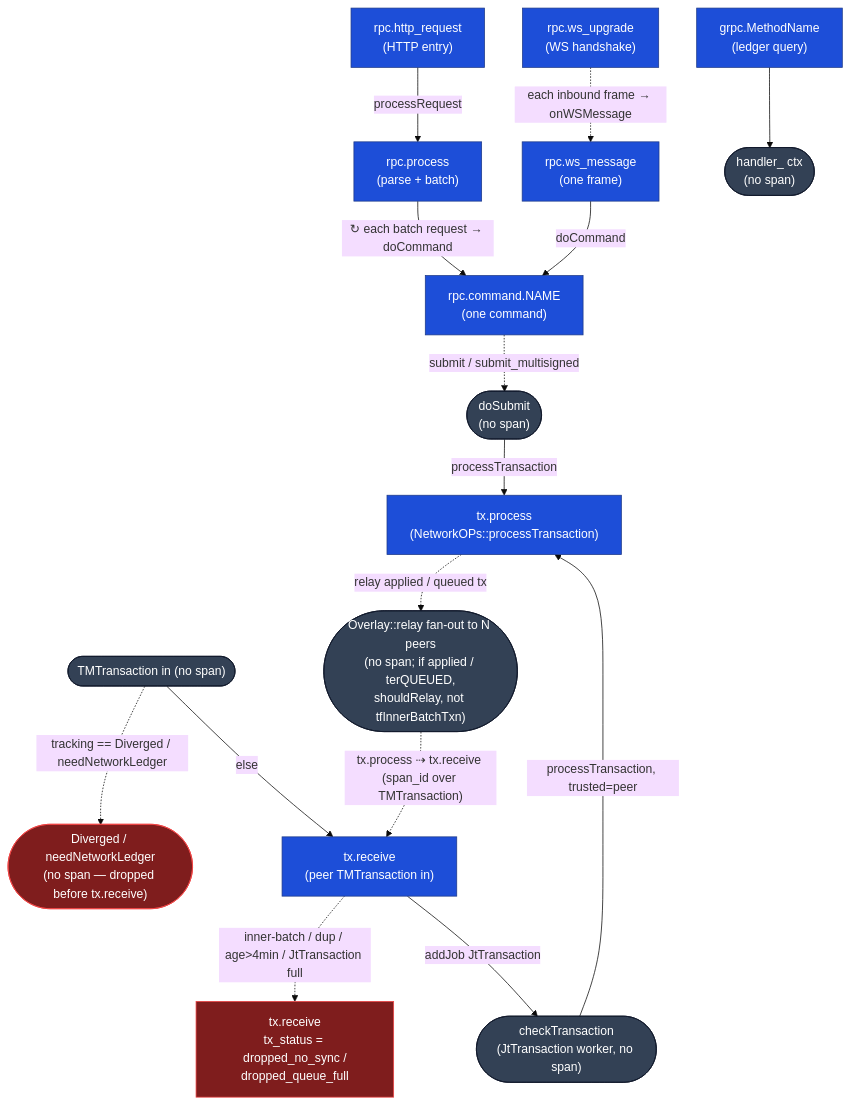
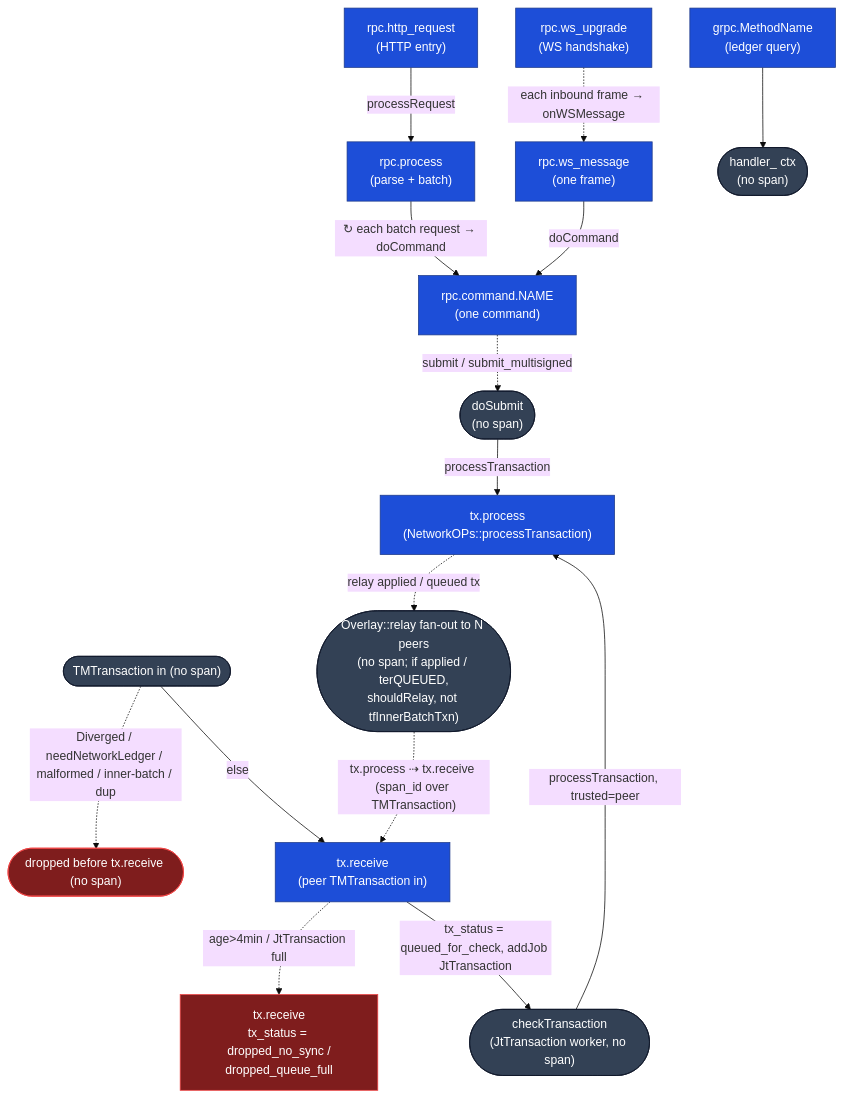
The second of 10 diagrams in docs/telemetry-runbook.md (XRPLF/rippled), drawn with Mermaid (base theme) before and after one commit. The commit also changed other lines of this file, not shown here.

First line of the commit message:
docs(telemetry): Match the peer tx flow to where tx.receive starts

````diff
--- a/docs/telemetry-runbook.md
+++ b/docs/telemetry-runbook.md
@@ -582,39 +582,39 @@
 ```mermaid
 flowchart TB
     classDef span fill:#1d4ed8,stroke:#1e3a8a,color:#fff;
     classDef plain fill:#334155,stroke:#0f172a,color:#fff;
     classDef drop fill:#7f1d1d,stroke:#ef4444,color:#fff;
 
     HTTP["rpc.http_request<br/>(HTTP entry)"]:::span
     PROC["rpc.process<br/>(parse + batch)"]:::span
     CMD["rpc.command.NAME<br/>(one command)"]:::span
     WSU["rpc.ws_upgrade<br/>(WS handshake)"]:::span
     WSM["rpc.ws_message<br/>(one frame)"]:::span
     GRPC["grpc.MethodName<br/>(ledger query)"]:::span
     GH(["handler_ ctx<br/>(no span)"]):::plain
     SUBMIT(["doSubmit<br/>(no span)"]):::plain
     TXP["tx.process<br/>(NetworkOPs::processTransaction)"]:::span
     RELAYOUT(["Overlay::relay fan-out to N peers<br/>(no span; if applied / terQUEUED,<br/>shouldRelay, not tfInnerBatchTxn)"]):::plain
-    PREDROP(["Diverged / needNetworkLedger<br/>(no span — dropped before tx.receive)"]):::drop
+    PREDROP(["dropped before tx.receive (no span)"]):::drop
     RCV["tx.receive<br/>(peer TMTransaction in)"]:::span
     RCVDROP["tx.receive<br/>tx_status = dropped_no_sync /<br/>dropped_queue_full"]:::drop
     CHK(["checkTransaction<br/>(JtTransaction worker, no span)"]):::plain
     PRELAY_IN(["TMTransaction in (no span)"]):::plain
 
     HTTP -->|processRequest| PROC
     PROC -->|↻ each batch request → doCommand| CMD
     WSU -. "each inbound frame → onWSMessage" .-> WSM
     WSM -->|doCommand| CMD
     GRPC --> GH
     CMD -.->|submit / submit_multisigned| SUBMIT
     SUBMIT -->|processTransaction| TXP
     TXP -.->|relay applied / queued tx| RELAYOUT
 
-    PRELAY_IN -.->|tracking == Diverged / needNetworkLedger| PREDROP
+    PRELAY_IN -.->|Diverged / needNetworkLedger / malformed / inner-batch / dup| PREDROP
     PRELAY_IN -->|else| RCV
-    RCV -.->|inner-batch / dup / age>4min / JtTransaction full| RCVDROP
-    RCV -->|addJob JtTransaction| CHK
+    RCV -.->|age>4min / JtTransaction full| RCVDROP
+    RCV -->|tx_status = queued_for_check, addJob JtTransaction| CHK
     CHK -->|processTransaction, trusted=peer| TXP
 
     RELAYOUT -. "tx.process ⇢ tx.receive (span_id over TMTransaction)" .-> RCV
 ```
````
